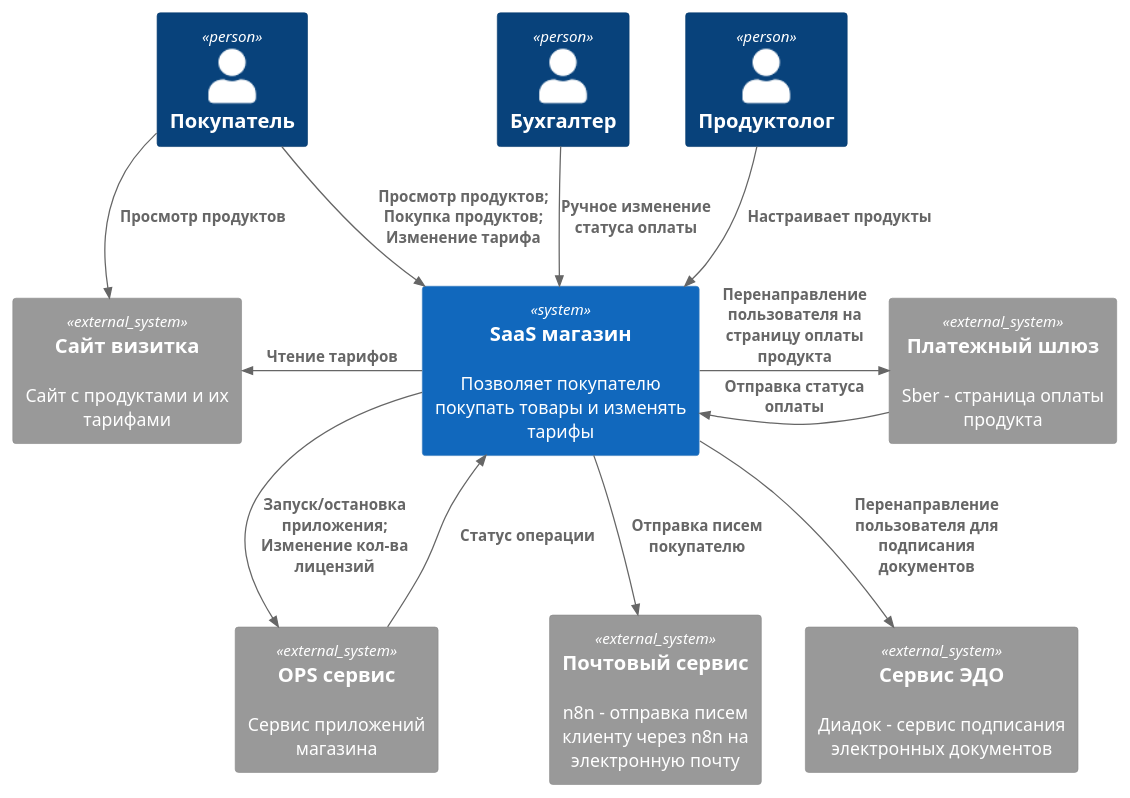
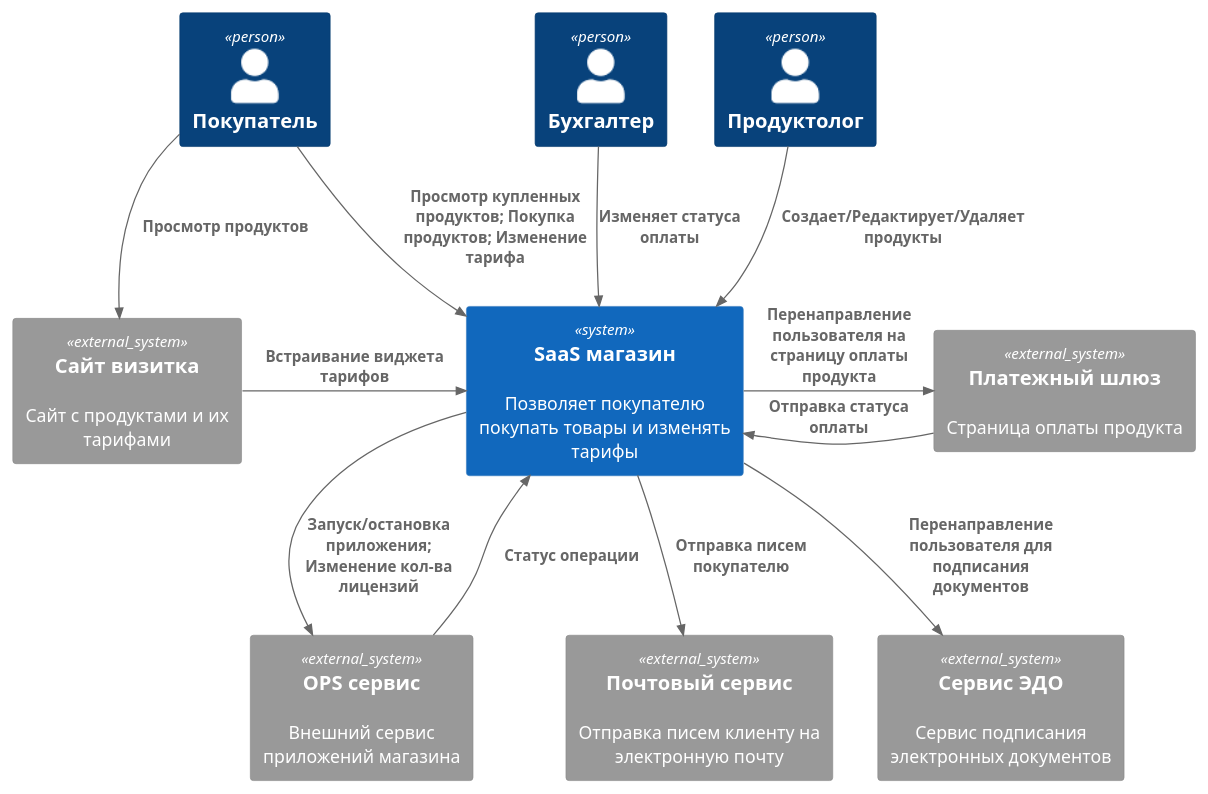
The diagram in docs/c4/1.context.puml (kelvionald/saas-shop), drawn with PlantUML before and after one commit.

```diff
--- a/docs/c4/1.context.puml
+++ b/docs/c4/1.context.puml
@@ -1,31 +1,31 @@
 @startuml
 !include https://raw.githubusercontent.com/plantuml-stdlib/C4-PlantUML/master/C4_Context.puml
 
 AddElementTag("fallback", $bgColor="#444444")
 
 
 Person(user_customer, "Покупатель")
 Person(user_accountant, "Бухгалтер")
 Person(user_programmer, "Продуктолог")
 
 System(system_shop, "SaaS магазин", "Позволяет покупателю покупать товары и изменять тарифы")
 
-System_Ext(system_email, "Почтовый сервис", "n8n - отправка писем клиенту через n8n на электронную почту")
-System_Ext(system_bank, "Платежный шлюз", "Sber - страница оплаты продукта")
-System_Ext(system_docs, "Сервис ЭДО", "Диадок - сервис подписания электронных документов")
-System_Ext(system_ops, "OPS сервис", "Сервис приложений магазина")
+System_Ext(system_email, "Почтовый сервис", "Отправка писем клиенту на электронную почту")
+System_Ext(system_bank, "Платежный шлюз", "Страница оплаты продукта")
+System_Ext(system_docs, "Сервис ЭДО", "Сервис подписания электронных документов")
+System_Ext(system_ops, "OPS сервис", "Внешний сервис приложений магазина")
 System_Ext(system_site, "Сайт визитка", "Сайт с продуктами и их тарифами")
 
 Rel(user_customer, system_site, "Просмотр продуктов")
-Rel_L(system_shop, system_site, "Чтение тарифов")
-Rel(user_customer, system_shop, "Просмотр продуктов; Покупка продуктов; Изменение тарифа")
-Rel(user_accountant, system_shop, "Ручное изменение статуса оплаты")
-Rel(user_programmer, system_shop, "Настраивает продукты")
+Rel_R(system_site, system_shop, "Встраивание виджета тарифов")
+Rel(user_customer, system_shop, "Просмотр купленных продуктов; Покупка продуктов; Изменение тарифа")
+Rel(user_accountant, system_shop, "Изменяет статуса оплаты")
+Rel(user_programmer, system_shop, "Создает/Редактирует/Удаляет продукты")
 Rel(system_shop, system_email, "Отправка писем покупателю")
 Rel_R(system_shop, system_bank, "Перенаправление пользователя на страницу оплаты продукта")
 Rel_R(system_bank, system_shop, "Отправка статуса оплаты")
 Rel(system_shop, system_docs, "Перенаправление пользователя для подписания документов")
 Rel(system_shop, system_ops, "Запуск/остановка приложения; Изменение кол-ва лицензий")
 Rel_R(system_ops, system_shop, "Статус операции")
 
 @enduml
```
